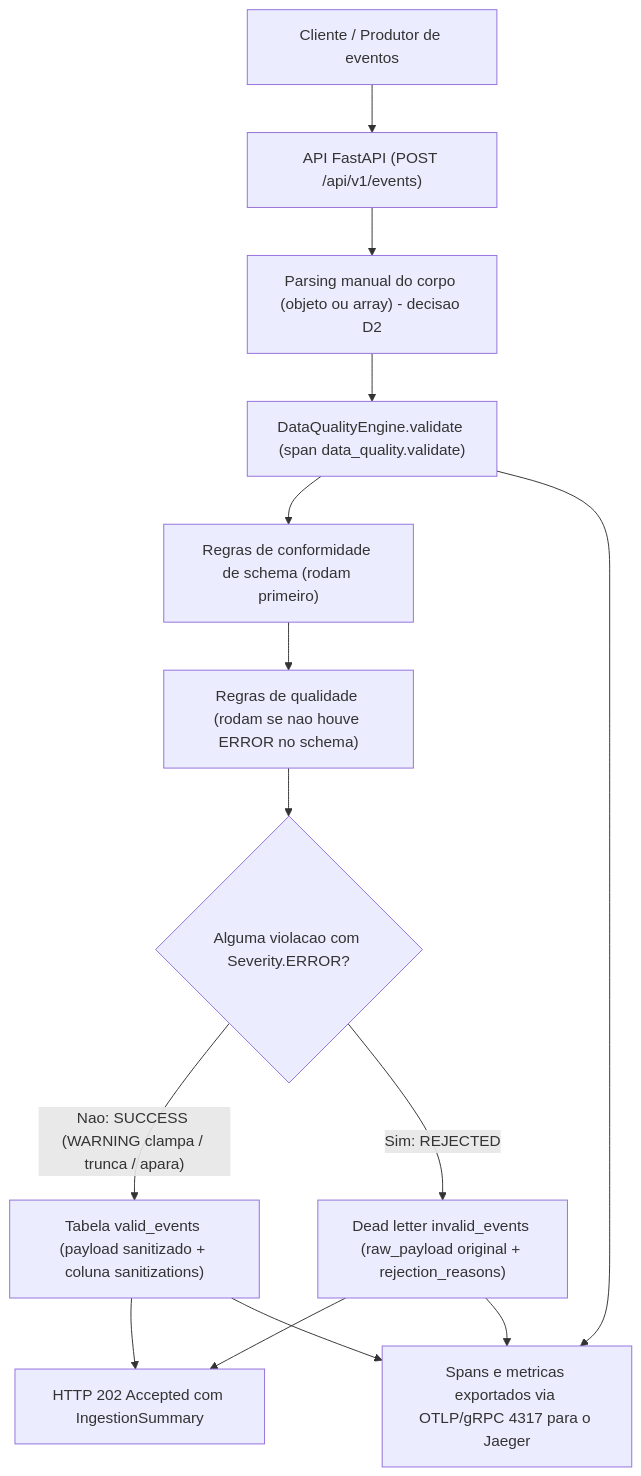
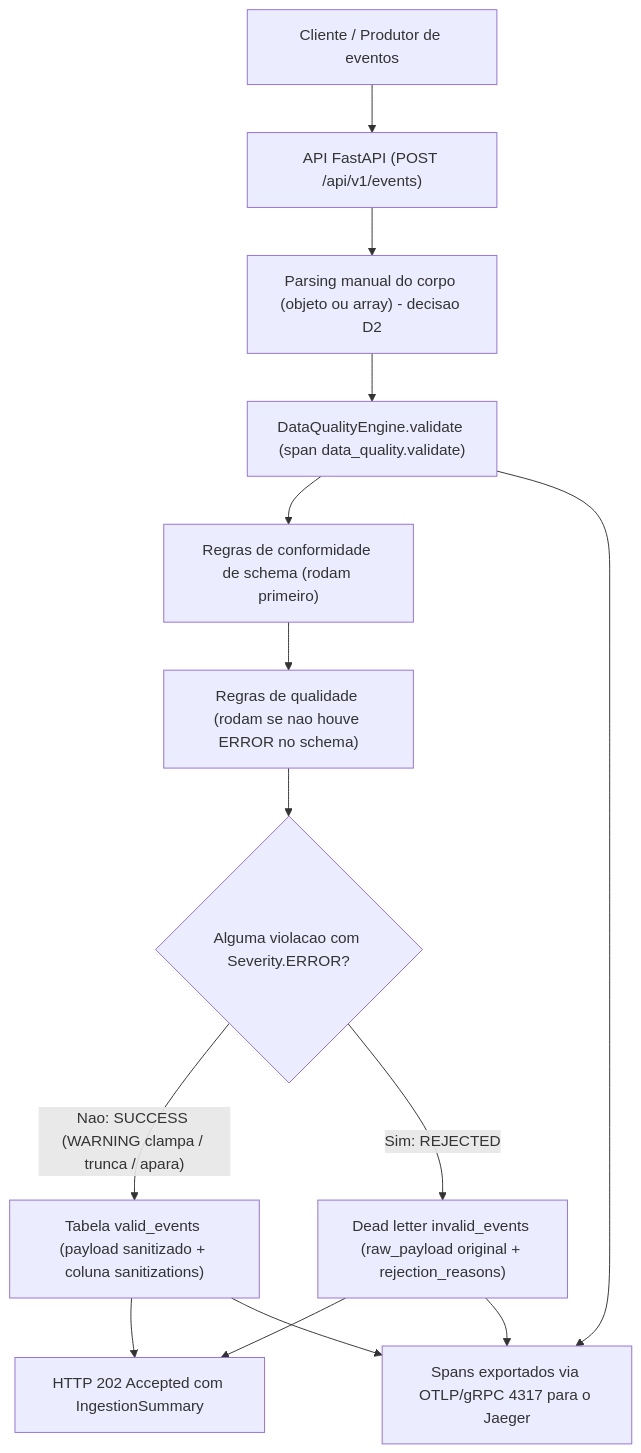
One commit to ptkguedes/data-quality-engine changed the first of 2 diagrams in README.md. Above: the diagram before and after it, drawn with Mermaid. The commit also changed other lines of this file and 6 other files, not shown here.

````diff
--- a/README.md
+++ b/README.md
@@ -74,16 +74,16 @@
 ```mermaid
 graph TD
     C["Cliente / Produtor de eventos"] --> A["API FastAPI (POST /api/v1/events)"]
     A --> P["Parsing manual do corpo (objeto ou array) - decisao D2"]
     P --> E["DataQualityEngine.validate (span data_quality.validate)"]
     E --> S["Regras de conformidade de schema (rodam primeiro)"]
     S --> Q["Regras de qualidade (rodam se nao houve ERROR no schema)"]
     Q --> R{"Alguma violacao com Severity.ERROR?"}
     R -->|"Nao: SUCCESS (WARNING clampa / trunca / apara)"| V["Tabela valid_events (payload sanitizado + coluna sanitizations)"]
     R -->|"Sim: REJECTED"| D["Dead letter invalid_events (raw_payload original + rejection_reasons)"]
     V --> RESP["HTTP 202 Accepted com IngestionSummary"]
     D --> RESP
-    E --> J["Spans e metricas exportados via OTLP/gRPC 4317 para o Jaeger"]
+    E --> J["Spans exportados via OTLP/gRPC 4317 para o Jaeger"]
     V --> J
     D --> J
 ```
````
